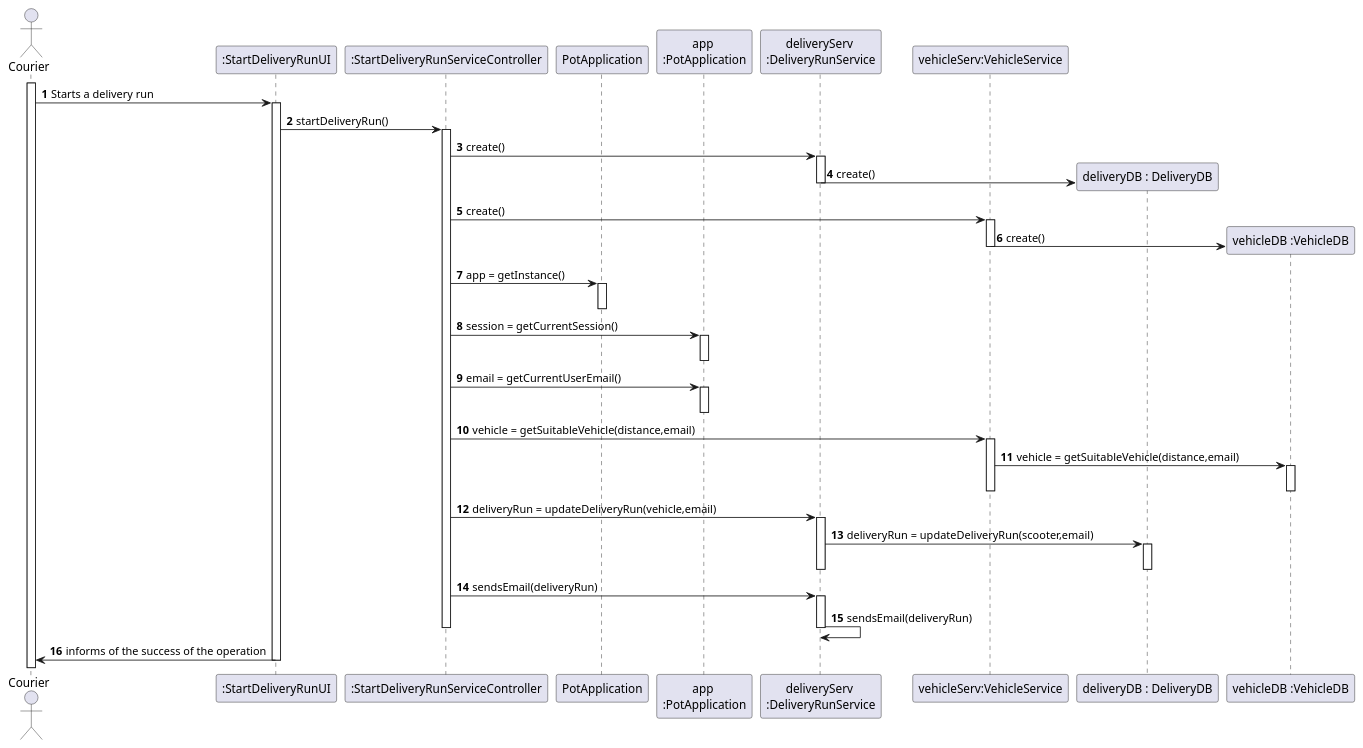
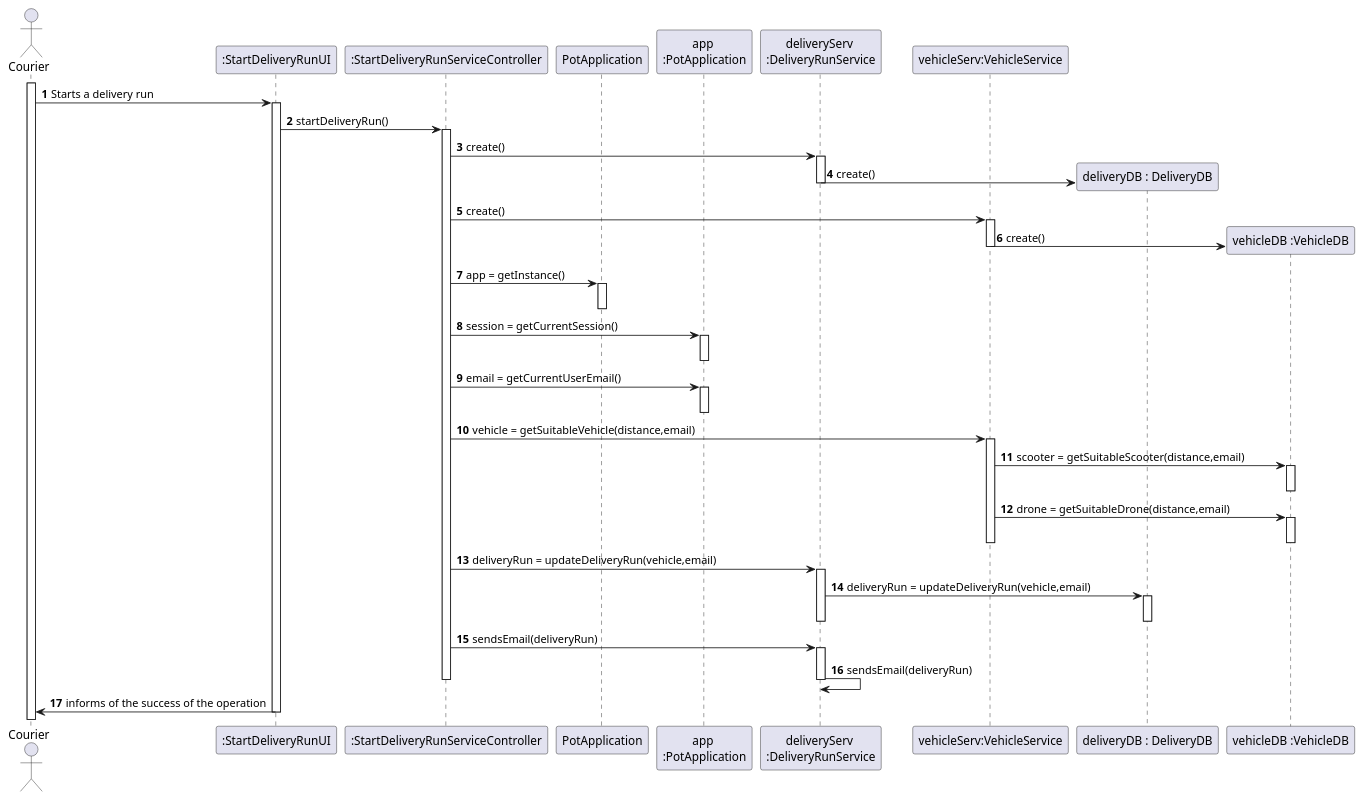
The diagram in docs/Iteration 2/Delivery Management/US205_StartDeliveryRun/US205_SD.puml (tiagoavcosta25/LAPR3), drawn with PlantUML before and after one commit. The commit also changed 3 other files, not shown here.

Commit message:
LAPR2AP2-77 #refining AvailableChargingSlot [Analysis] LAPR2AP2-77 #refining AvailableChargingSlot [Design] LAPR2AP2-205 #close StartDeliveryRun [Design]

```diff
--- a/docs/Iteration 2/Delivery Management/US205_StartDeliveryRun/US205_SD.puml
+++ b/docs/Iteration 2/Delivery Management/US205_StartDeliveryRun/US205_SD.puml
@@ -1,58 +1,61 @@
 @startuml
 autonumber
 actor "Courier" as ADMIN
 participant ":StartDeliveryRunUI" as UI
 participant ":StartDeliveryRunServiceController" as CTRL
 participant "PotApplication" as PA
 participant "app \n:PotApplication" as APA
 participant "deliveryServ \n:DeliveryRunService" as PR
 participant "vehicleServ:VehicleService" as SS
 participant "deliveryDB : DeliveryDB" as PDB
 participant "vehicleDB :VehicleDB" as SDB
 activate ADMIN
 
 ADMIN -> UI : Starts a delivery run
 activate UI
 
 UI -> CTRL : startDeliveryRun()
 activate CTRL
 CTRL -> PR : create()
 activate PR
 PR -> PDB** : create()
 deactivate PR
 CTRL -> SS : create()
 activate SS
 SS -> SDB** : create()
 deactivate SS
 CTRL -> PA : app = getInstance()
 activate PA
 deactivate PA
 CTRL -> APA : session = getCurrentSession()
 activate APA
 deactivate APA
 
 CTRL -> APA : email = getCurrentUserEmail()
 activate APA
 deactivate APA
 CTRL -> SS : vehicle = getSuitableVehicle(distance,email)
 activate SS
-SS -> SDB : vehicle = getSuitableVehicle(distance,email)
+SS -> SDB : scooter = getSuitableScooter(distance,email)
+activate SDB
+deactivate SDB
+SS -> SDB : drone = getSuitableDrone(distance,email)
 activate SDB
 deactivate SDB
 deactivate SS
 CTRL -> PR : deliveryRun = updateDeliveryRun(vehicle,email)
 activate PR
-PR -> PDB : deliveryRun = updateDeliveryRun(scooter,email)
+PR -> PDB : deliveryRun = updateDeliveryRun(vehicle,email)
 activate PDB
 deactivate PDB
 deactivate PR
 
 CTRL -> PR : sendsEmail(deliveryRun)
 activate PR
 PR -> PR : sendsEmail(deliveryRun)
 deactivate PR
 deactivate CTRL
 UI -> ADMIN : informs of the success of the operation
 deactivate UI
 
 @enduml
```
